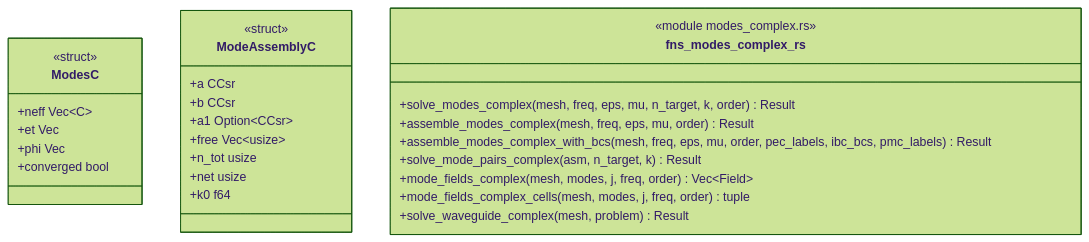
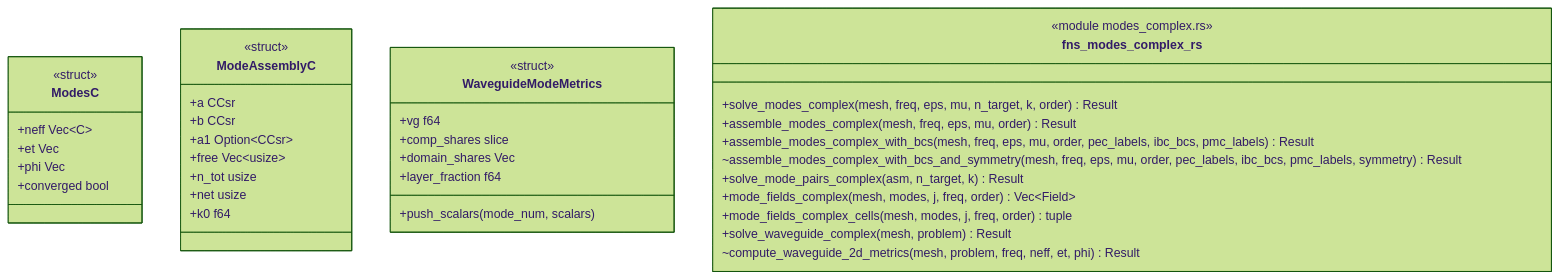
The diagram in docs/architecture/c4/4-code/ems/modescx.md (p-j-r/nyx), drawn with Mermaid (forest theme) before and after one commit. The commit also changed other lines of this file and 150 other files, not shown here.

````diff
--- a/docs/architecture/c4/4-code/ems/modescx.md
+++ b/docs/architecture/c4/4-code/ems/modescx.md
@@ -39,30 +39,40 @@
 ```mermaid
 classDiagram
   class ModesC {
       <<struct>>
       +neff Vec~C~
       +et Vec
       +phi Vec
       +converged bool
   }
   class ModeAssemblyC {
       <<struct>>
       +a CCsr
       +b CCsr
       +a1 Option~CCsr~
       +free Vec~usize~
       +n_tot usize
       +net usize
       +k0 f64
   }
+  class WaveguideModeMetrics {
+      <<struct>>
+      +vg f64
+      +comp_shares slice
+      +domain_shares Vec
+      +layer_fraction f64
+      +push_scalars(mode_num, scalars)
+  }
   class fns_modes_complex_rs {
       <<module modes_complex.rs>>
       +solve_modes_complex(mesh, freq, eps, mu, n_target, k, order) Result
       +assemble_modes_complex(mesh, freq, eps, mu, order) Result
       +assemble_modes_complex_with_bcs(mesh, freq, eps, mu, order, pec_labels, ibc_bcs, pmc_labels) Result
+      ~assemble_modes_complex_with_bcs_and_symmetry(mesh, freq, eps, mu, order, pec_labels, ibc_bcs, pmc_labels, symmetry) Result
       +solve_mode_pairs_complex(asm, n_target, k) Result
       +mode_fields_complex(mesh, modes, j, freq, order) Vec~Field~
       +mode_fields_complex_cells(mesh, modes, j, freq, order) tuple
       +solve_waveguide_complex(mesh, problem) Result
+      ~compute_waveguide_2d_metrics(mesh, problem, freq, neff, et, phi) Result
   }
 ```
````
